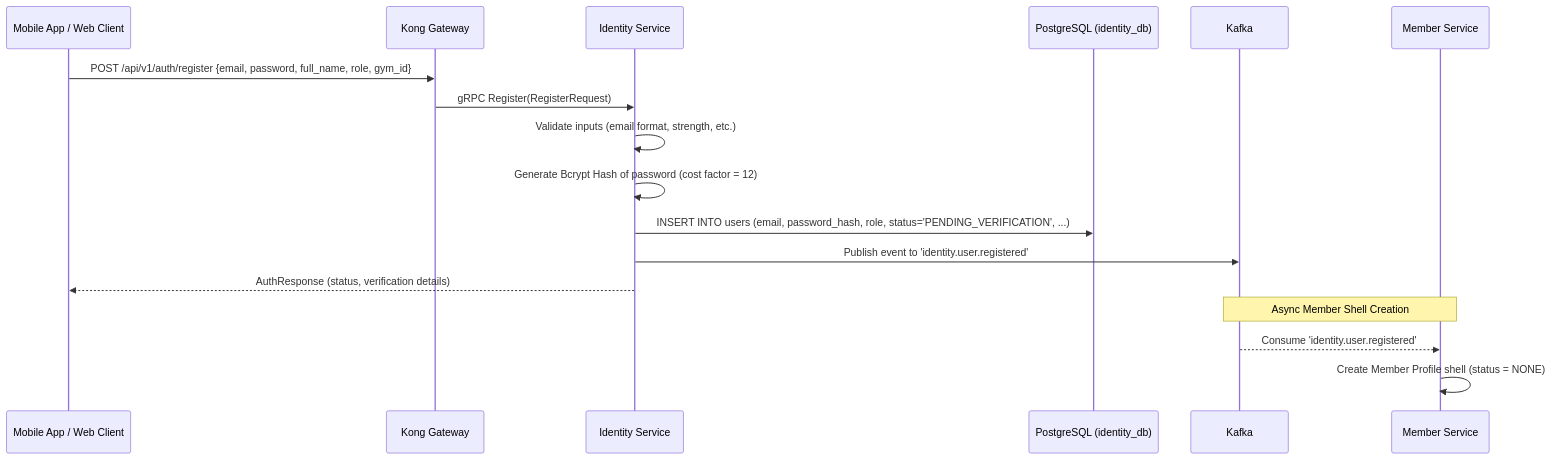
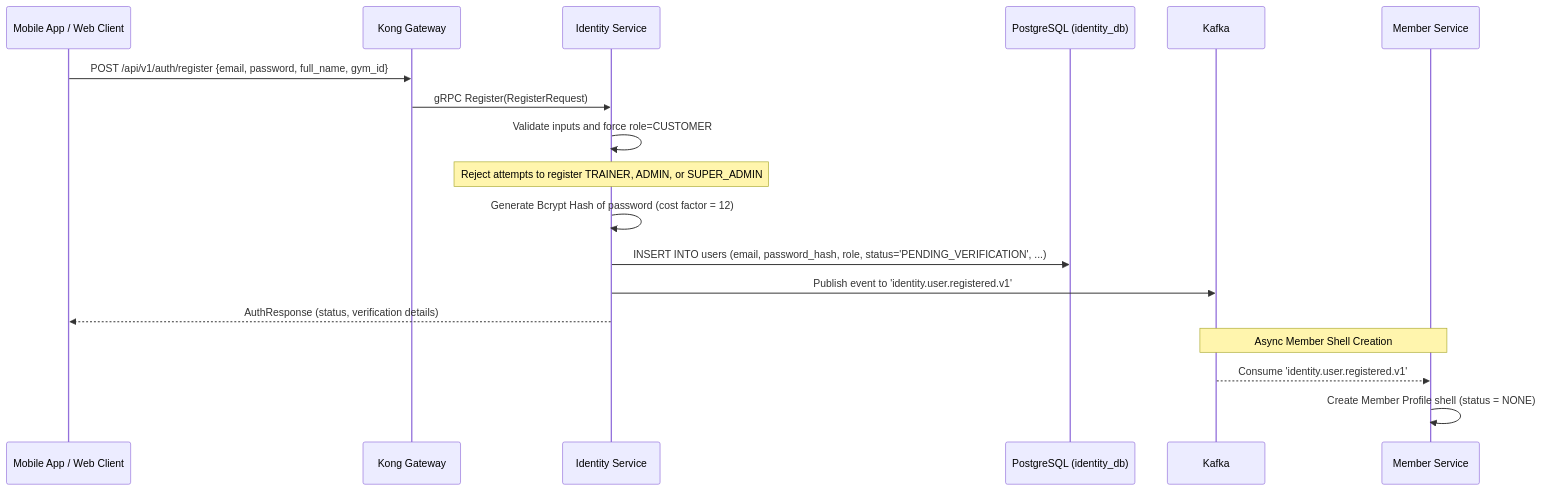
The second of 5 diagrams in services/01-ms-gym-identifier.md (pploc/gym-architect), drawn with Mermaid before and after one commit. The commit also changed other lines of this file and 15 other files, not shown here.

````diff
--- a/services/01-ms-gym-identifier.md
+++ b/services/01-ms-gym-identifier.md
@@ -55,21 +56,22 @@
 ```mermaid
 sequenceDiagram
     participant C as Mobile App / Web Client
     participant K as Kong Gateway
     participant IS as Identity Service
     participant DB as PostgreSQL (identity_db)
     participant KF as Kafka
     participant MS as Member Service
 
-    C->>K: POST /api/v1/auth/register {email, password, full_name, role, gym_id}
+    C->>K: POST /api/v1/auth/register {email, password, full_name, gym_id}
     K->>IS: gRPC Register(RegisterRequest)
-    IS->>IS: Validate inputs (email format, strength, etc.)
+    IS->>IS: Validate inputs and force role=CUSTOMER
+    Note over IS: Reject attempts to register TRAINER, ADMIN, or SUPER_ADMIN
     IS->>IS: Generate Bcrypt Hash of password (cost factor = 12)
     IS->>DB: INSERT INTO users (email, password_hash, role, status='PENDING_VERIFICATION', ...)
-    IS->>KF: Publish event to 'identity.user.registered'
+    IS->>KF: Publish event to 'identity.user.registered.v1'
     IS-->>C: AuthResponse (status, verification details)
     
     Note over KF,MS: Async Member Shell Creation
-    KF-->>MS: Consume 'identity.user.registered'
+    KF-->>MS: Consume 'identity.user.registered.v1'
     MS->>MS: Create Member Profile shell (status = NONE)
 ```
````
